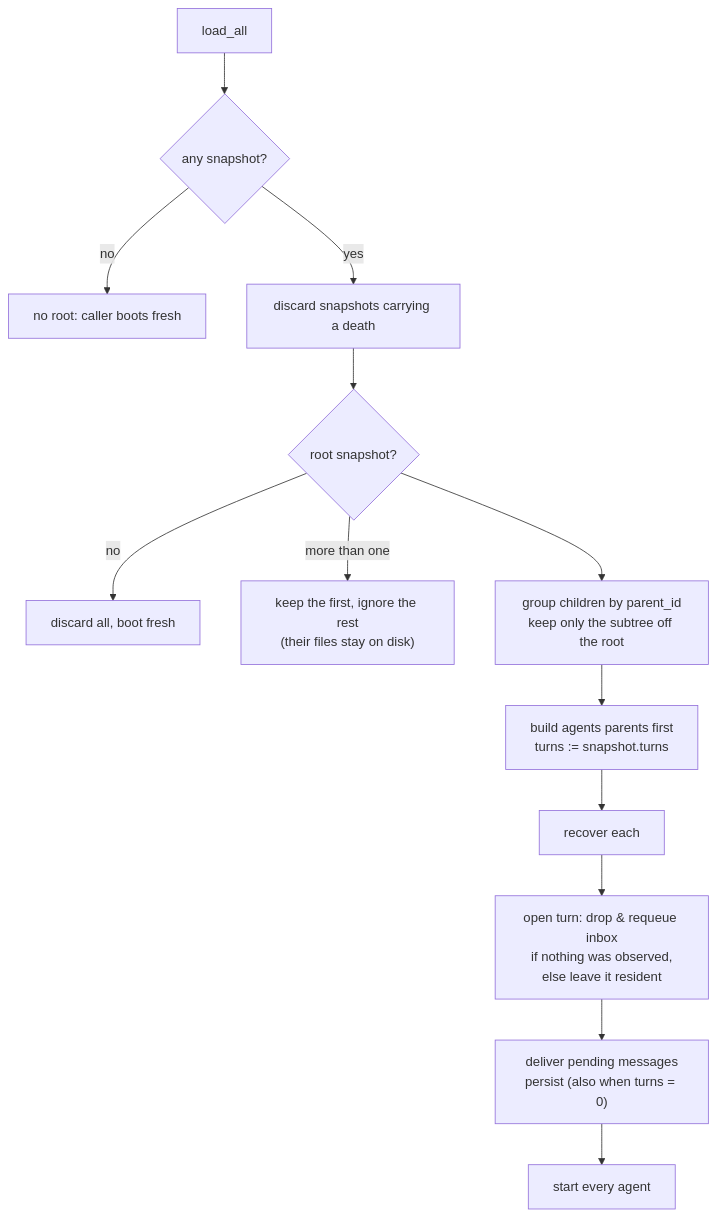
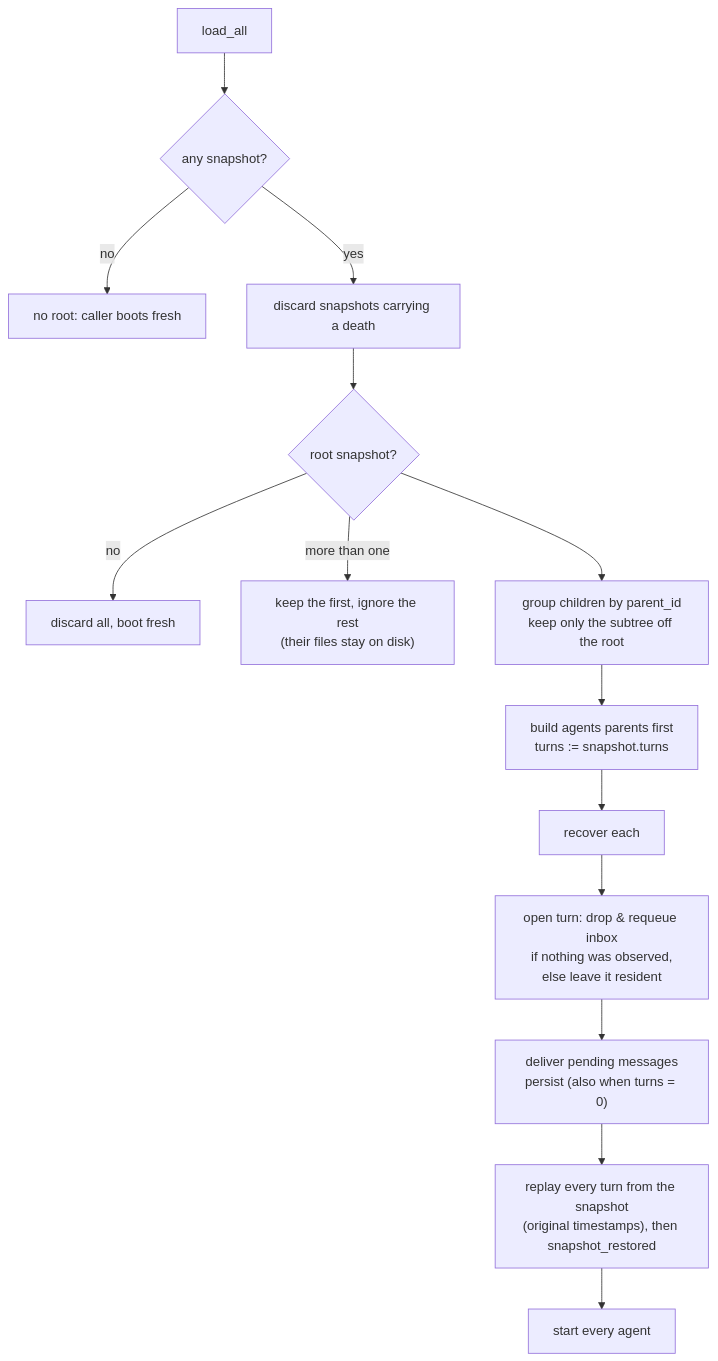
One commit to DarkSpaceY/NAN-itself changed the fifth of 7 diagrams in docs/for-contributors/architecture.md. Above: the diagram before and after it, drawn with Mermaid. The commit also changed other lines of this file and 8 other files, not shown here.

````diff
--- a/docs/for-contributors/architecture.md
+++ b/docs/for-contributors/architecture.md
@@ -386,15 +387,16 @@
 ```mermaid
 flowchart TD
     L["load_all"] --> E{"any snapshot?"}
     E -->|no| F["no root: caller boots fresh"]
     E -->|yes| D["discard snapshots carrying a death"]
     D --> R{"root snapshot?"}
     R -->|no| F2["discard all, boot fresh"]
     R -->|"more than one"| R2["keep the first, ignore the rest<br/>(their files stay on disk)"]
     R --> T["group children by parent_id<br/>keep only the subtree off the root"]
     T --> B["build agents parents first<br/>turns := snapshot.turns"]
     B --> C["recover each"]
     C --> C1["open turn: drop & requeue inbox<br/>if nothing was observed,<br/>else leave it resident"]
     C1 --> C2["deliver pending messages<br/>persist (also when turns = 0)"]
-    C2 --> G["start every agent"]
+    C2 --> C3["replay every turn from the snapshot<br/>(original timestamps), then snapshot_restored"]
+    C3 --> G["start every agent"]
 ```
````
